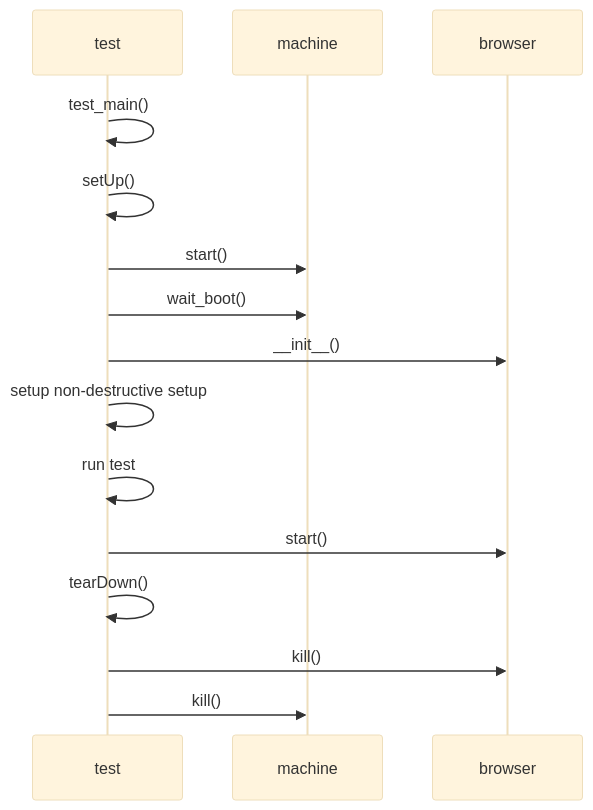
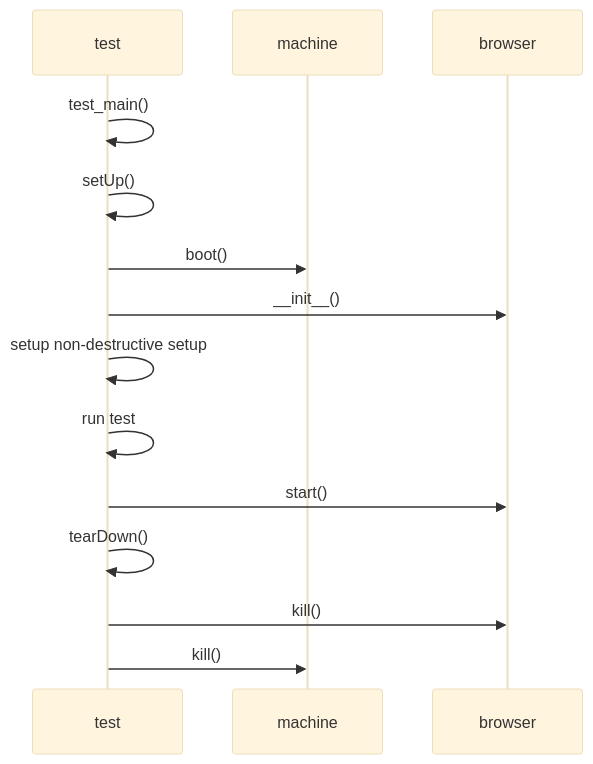
Before and after one commit to cockpit-project/cockpit: the second of 3 diagrams in test/ARCHITECTURE.md, drawn with Mermaid (base theme). The commit also changed 2 other files, not shown here.

Commit message:
test: Use VirtMachine.boot() API
Use the new API [1] to benefit from the nested KVM auto-retries in [2].

Keep the explicit start()/wait_boot() in testlib.py, as provisioned
machines should boot in parallel, and it already auto-retries failed VM
boots (although more noisily).

[1] https://github.com/cockpit-project/bots/commit/6b948eed
[2] https://github.com/cockpit-project/bots/commit/2c695f9d

````diff
--- a/test/ARCHITECTURE.md
+++ b/test/ARCHITECTURE.md
@@ -89,18 +89,17 @@
 ```mermaid
 sequenceDiagram
     participant test
     participant machine
     participant browser
 
     test->>test: test_main()
     test->>test: setUp()
-    test->>machine: start()
-    test->>machine: wait_boot()
+    test->>machine: boot()
     test->>browser: __init__()
     test->>test: setup non-destructive setup
     test->>test: run test
     test->>browser: start()
     test->>test: tearDown()
     test->>browser: kill()
     test->>machine: kill()
 ```
````
